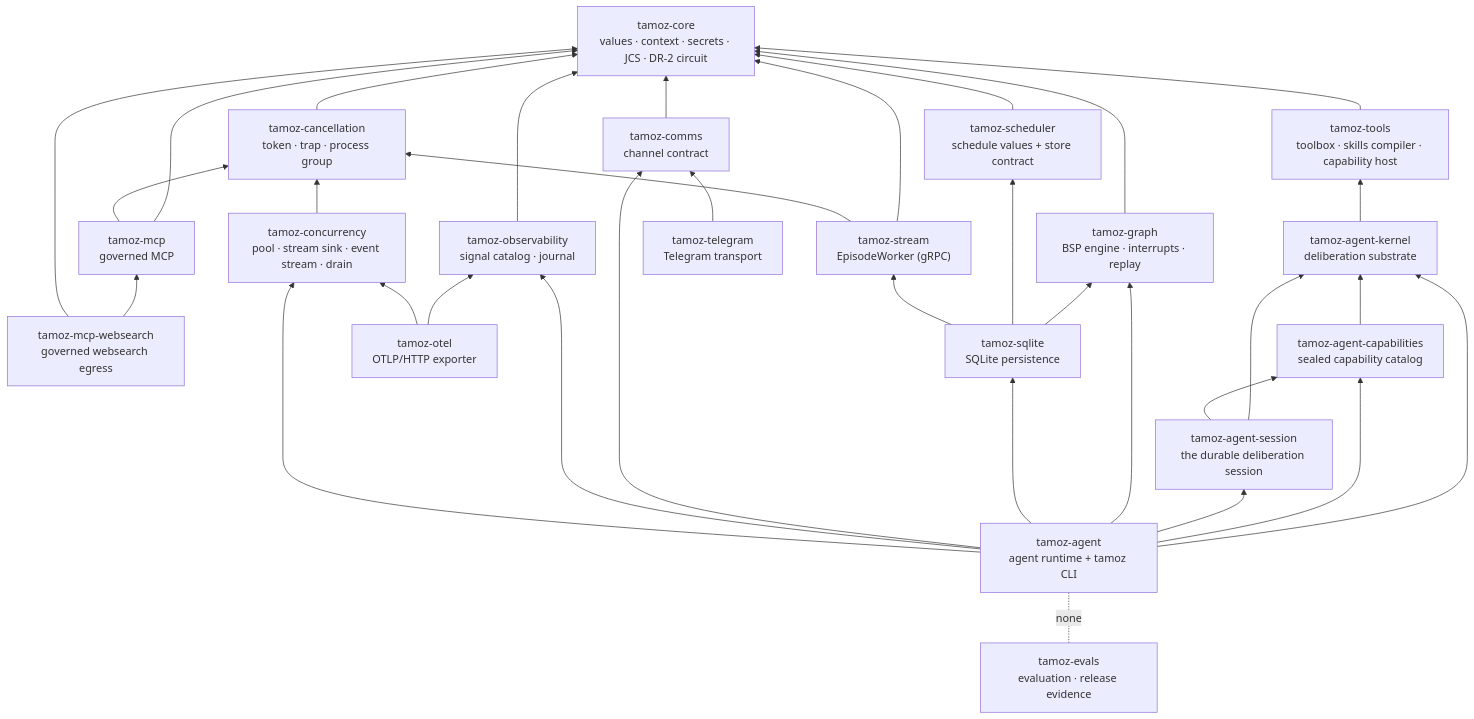
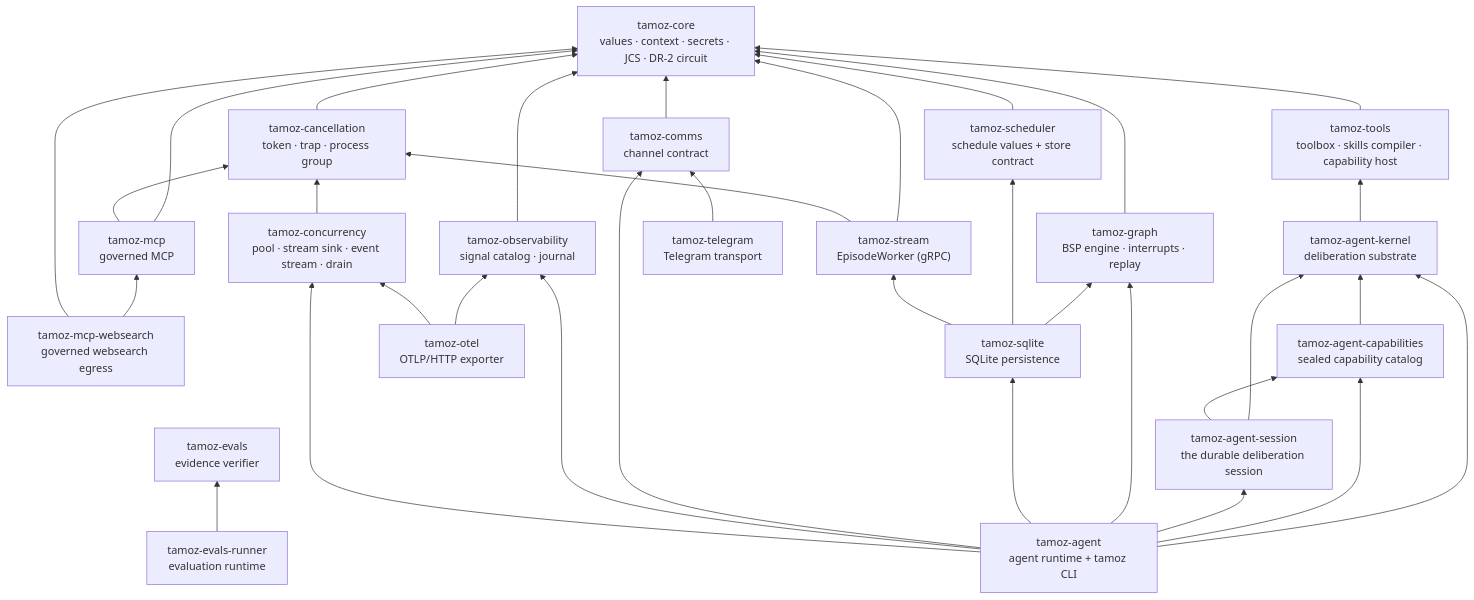
One commit to ghassan-ai-projects/tamoz changed the diagram in documentation/architecture/gems.md. Above: the diagram before and after it, drawn with Mermaid. The commit also changed other lines of this file and 158 other files, not shown here.

Commit message:
Extract evaluation runner gem

````diff
--- a/documentation/architecture/gems.md
+++ b/documentation/architecture/gems.md
@@ -9,63 +10,64 @@
 ```mermaid
 flowchart BT
     CORE["tamoz-core<br/>values · context · secrets · JCS · DR-2 circuit"]
 
     CAN["tamoz-cancellation<br/>token · trap · process group"]
     CON["tamoz-concurrency<br/>pool · stream sink · event stream · drain"]
     G["tamoz-graph<br/>BSP engine · interrupts · replay"]
     SCH["tamoz-scheduler<br/>schedule values + store contract"]
     STR["tamoz-stream<br/>EpisodeWorker (gRPC)"]
     T["tamoz-tools<br/>toolbox · skills compiler · capability host"]
     M["tamoz-mcp<br/>governed MCP"]
     MW["tamoz-mcp-websearch<br/>governed websearch egress"]
     C["tamoz-comms<br/>channel contract"]
     O["tamoz-observability<br/>signal catalog · journal"]
 
     SQL["tamoz-sqlite<br/>SQLite persistence"]
     OTEL["tamoz-otel<br/>OTLP/HTTP exporter"]
     TG["tamoz-telegram<br/>Telegram transport"]
 
     AK["tamoz-agent-kernel<br/>deliberation substrate"]
     ACAP["tamoz-agent-capabilities<br/>sealed capability catalog"]
     ASESS["tamoz-agent-session<br/>the durable deliberation session"]
     AGENT["tamoz-agent<br/>agent runtime + tamoz CLI"]
 
-    EVALS["tamoz-evals<br/>evaluation · release evidence"]
+    EVALS["tamoz-evals<br/>evidence verifier"]
+    RUNNER["tamoz-evals-runner<br/>evaluation runtime"]
 
     G --> CORE
     SCH --> CORE
     STR --> CORE
     STR --> CAN
     T --> CORE
     M --> CORE
     M --> CAN
     MW --> M
     MW --> CORE
     C --> CORE
     O --> CORE
 
     CAN --> CORE
     CON --> CAN
 
     SQL --> G
     SQL --> SCH
     SQL --> STR
     OTEL --> O
     OTEL --> CON
     TG --> C
 
     AK --> T
     ACAP --> AK
     ASESS --> AK
     ASESS --> ACAP
     AGENT --> AK
     AGENT --> ACAP
     AGENT --> ASESS
     AGENT --> G
     AGENT --> SQL
     AGENT --> C
     AGENT --> O
     AGENT --> CON
 
-    EVALS -. none .- AGENT
+    RUNNER --> EVALS
 ```
````
